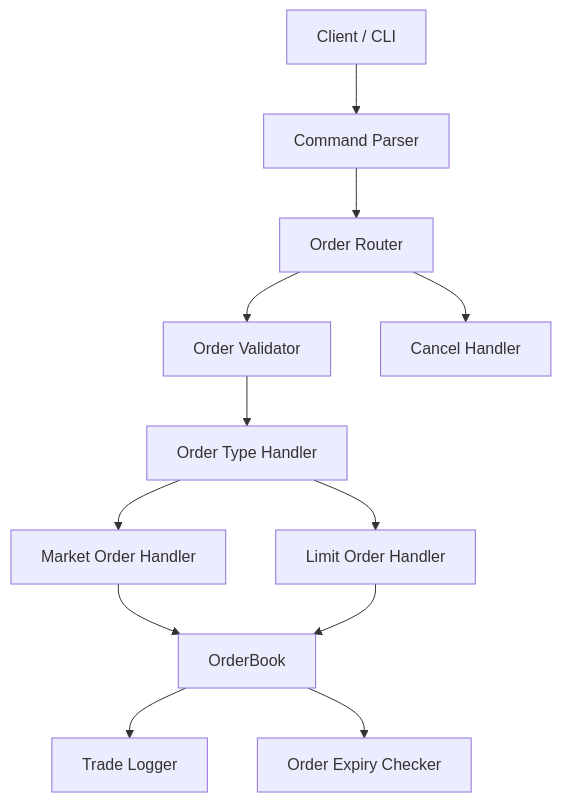
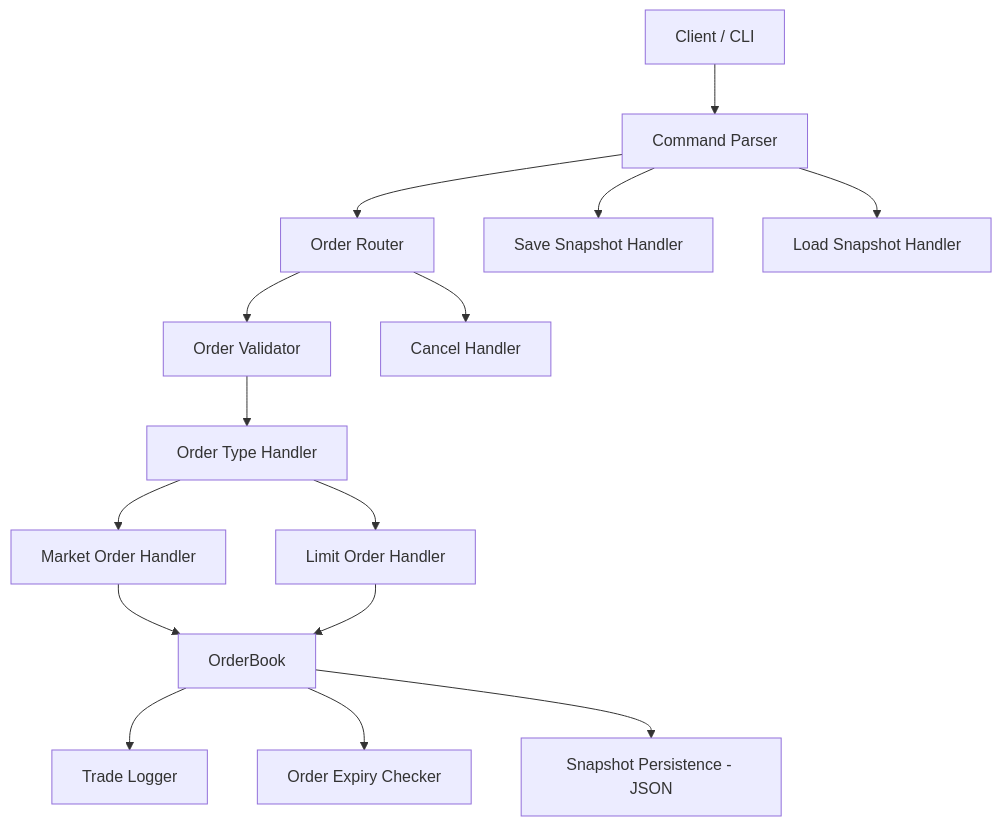
One commit to vishaljha2121/TradingEngine changed the diagram in README.md. Above: the diagram before and after it, drawn with Mermaid.

````diff
--- a/README.md
+++ b/README.md
@@ -124,14 +124,18 @@
 ```mermaid
 flowchart TD
     A[Client / CLI] --> B[Command Parser]
     B --> C[Order Router]
     C --> D[Order Validator]
     D --> E[Order Type Handler]
     E --> F1[Market Order Handler]
     E --> F2[Limit Order Handler]
     F1 --> G[OrderBook]
     F2 --> G
     C --> X[Cancel Handler]
+    B --> S1[Save Snapshot Handler]
+    B --> S2[Load Snapshot Handler]
     G --> H[Trade Logger]
     G --> Y[Order Expiry Checker]
+    G --> Z[Snapshot Persistence - JSON]
+
 ```
````
